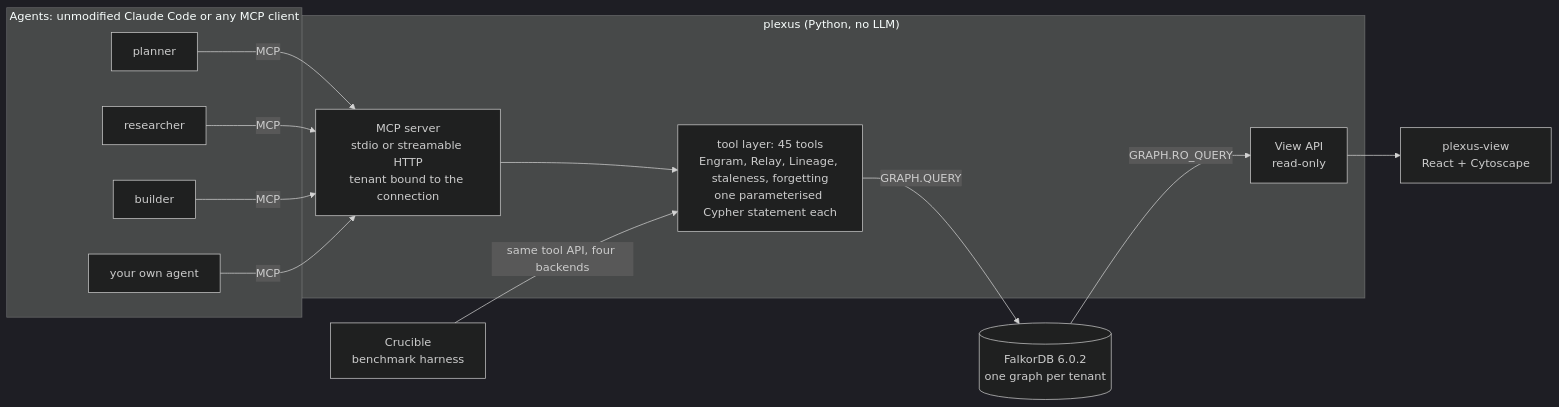
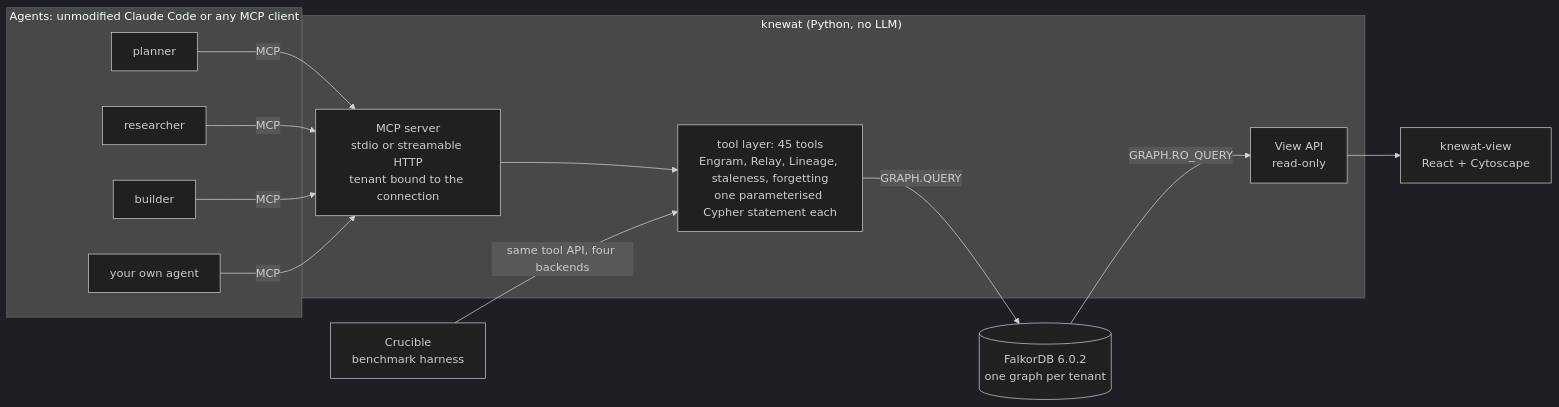
The diagram in docs/ARCHITECTURE.md (Suprim006/knewat), drawn with Mermaid (dark theme) before and after one commit. The commit also changed other lines of this file and 38 other files, not shown here.

Commit message:
rename: docs, trials, README (plexus -> knewat; 'was called Plexus' note; AI_USAGE row)

````diff
--- a/docs/ARCHITECTURE.md
+++ b/docs/ARCHITECTURE.md
@@ -19,23 +19,23 @@
 ```mermaid
 flowchart LR
     subgraph agents["Agents: unmodified Claude Code or any MCP client"]
         A1["planner"]
         A2["researcher"]
         A3["builder"]
         A4["your own agent"]
     end
-    subgraph plexus["plexus (Python, no LLM)"]
+    subgraph knewat["knewat (Python, no LLM)"]
         MCP["MCP server<br/>stdio or streamable HTTP<br/>tenant bound to the connection"]
         TOOLS["tool layer: 45 tools<br/>Engram, Relay, Lineage, staleness, forgetting<br/>one parameterised Cypher statement each"]
         API["View API<br/>read-only"]
     end
     DB[("FalkorDB 6.0.2<br/>one graph per tenant")]
-    VIEW["plexus-view<br/>React + Cytoscape"]
+    VIEW["knewat-view<br/>React + Cytoscape"]
     CRU["Crucible<br/>benchmark harness"]
     A1 & A2 & A3 & A4 -->|"MCP"| MCP
     MCP --> TOOLS
     TOOLS -->|"GRAPH.QUERY"| DB
     DB -->|"GRAPH.RO_QUERY"| API
     API --> VIEW
     CRU -->|"same tool API, four backends"| TOOLS
 ```
````
